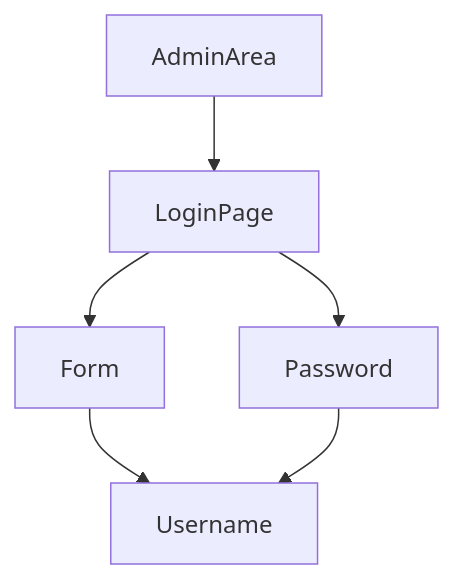
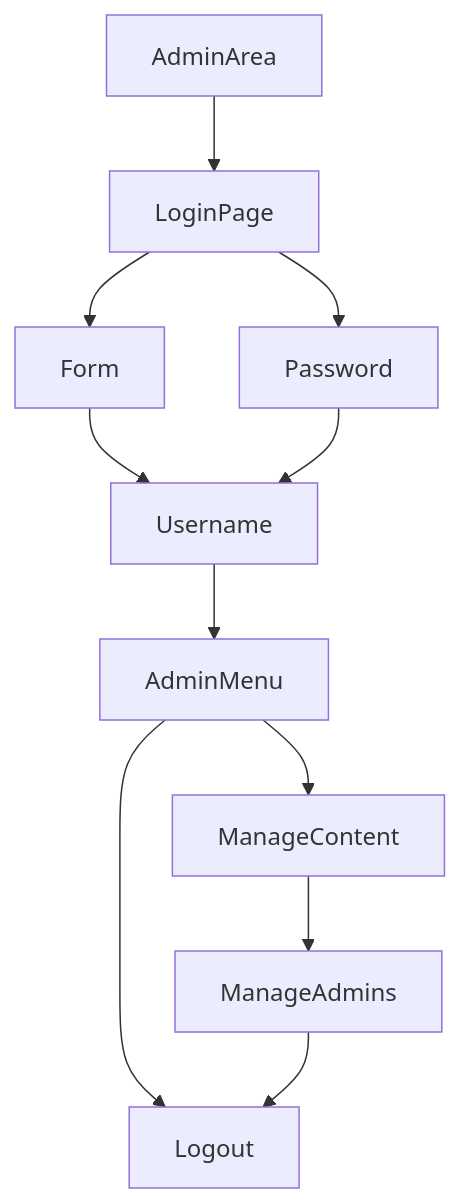
Before and after one commit to HeidiJay/Content-Management-System: the second of 3 diagrams in README.md, drawn with Mermaid.

Commit message:
readme test 1.3 mapping

````diff
--- a/README.md
+++ b/README.md
@@ -9,8 +9,13 @@
 ```mermaid
 graph TD;
     AdminArea-->LoginPage;
     LoginPage-->Form;
     LoginPage-->Password;
     Form-->Username;
     Password-->Username;
+    Username-->AdminMenu;
+    AdminMenu-->ManageContent;
+    AdminMenu-->Logout;
+    ManageContent-->ManageAdmins;
+    ManageAdmins-->Logout;
 ```
````
